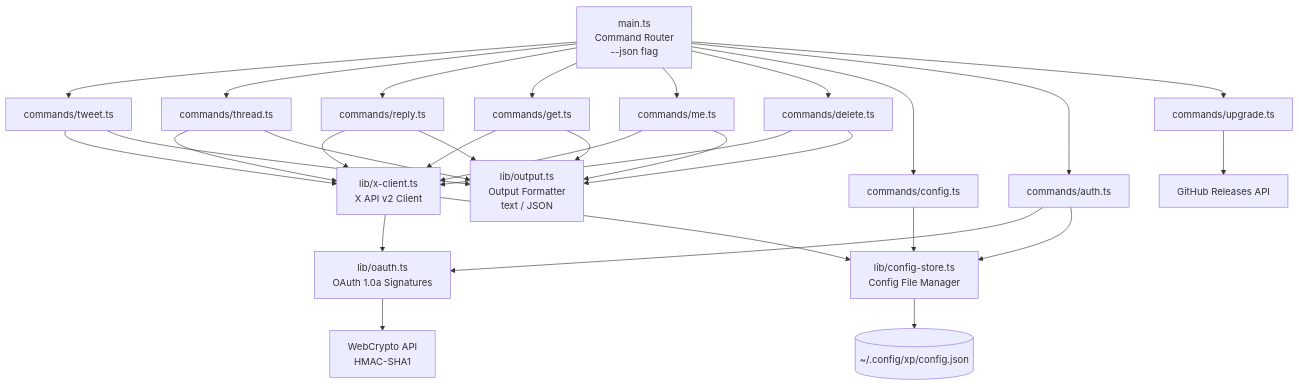
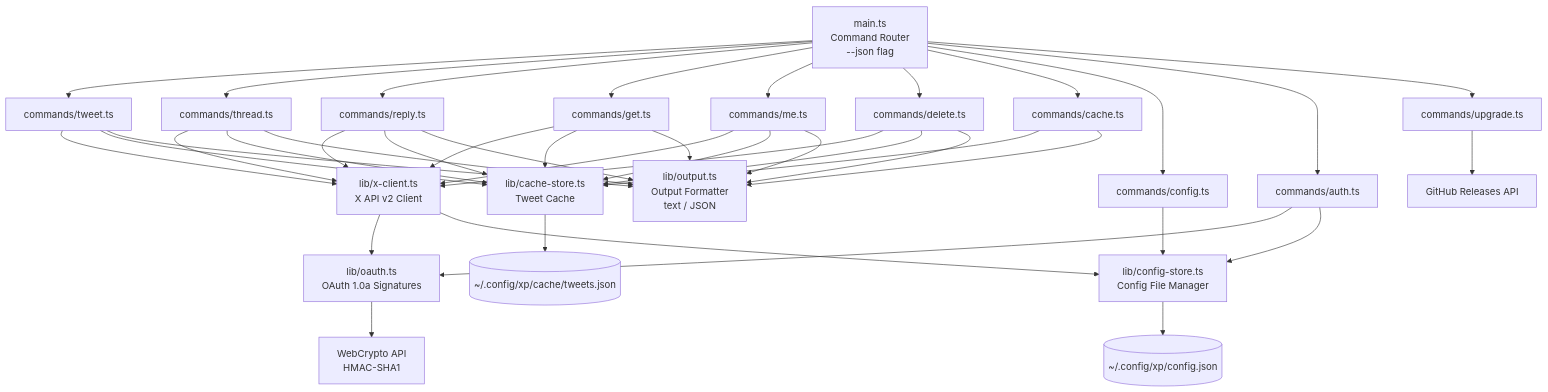
The fourth of 4 diagrams in README.md (tawachan/xp), drawn with Mermaid before and after one commit. The commit also changed other lines of this file and 2 other files, not shown here.

First line of the commit message:
Update docs for cache and pagination features (#25)

````diff
--- a/README.md
+++ b/README.md
@@ -275,36 +290,47 @@
 ```mermaid
 graph TD
     A[main.ts<br/>Command Router<br/>--json flag] --> B[commands/tweet.ts]
     A --> C[commands/thread.ts]
     A --> R[commands/reply.ts]
     A --> GT[commands/get.ts]
     A --> M[commands/me.ts]
     A --> D[commands/delete.ts]
+    A --> CA[commands/cache.ts]
     A --> E[commands/config.ts]
     A --> F[commands/auth.ts]
     A --> U[commands/upgrade.ts]
 
     B --> G[lib/x-client.ts<br/>X API v2 Client]
     C --> G
     R --> G
     GT --> G
     M --> G
     D --> G
     F --> H[lib/oauth.ts<br/>OAuth 1.0a Signatures]
 
     G --> H
     G --> I[lib/config-store.ts<br/>Config File Manager]
     F --> I
     E --> I
 
+    GT --> CS[lib/cache-store.ts<br/>Tweet Cache]
+    M --> CS
+    B --> CS
+    C --> CS
+    R --> CS
+    D --> CS
+    CA --> CS
+
     B --> J[lib/output.ts<br/>Output Formatter<br/>text / JSON]
     C --> J
     R --> J
     GT --> J
     M --> J
     D --> J
+    CA --> J
 
     I --> K[(~/.config/xp/config.json)]
+    CS --> KCS[(~/.config/xp/cache/tweets.json)]
     H --> L[WebCrypto API<br/>HMAC-SHA1]
     U --> GH[GitHub Releases API]
 ```
````
